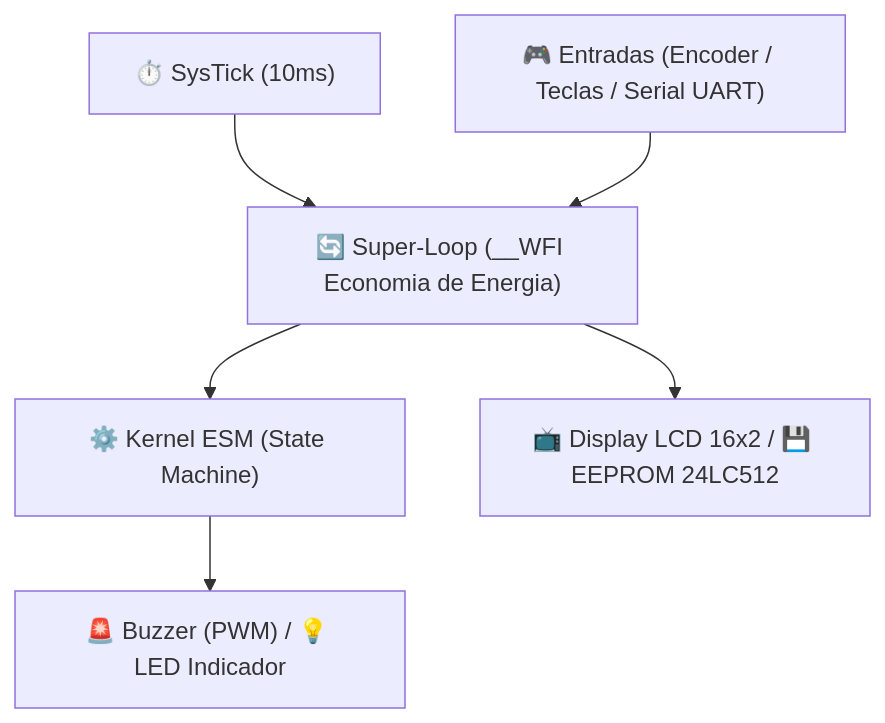
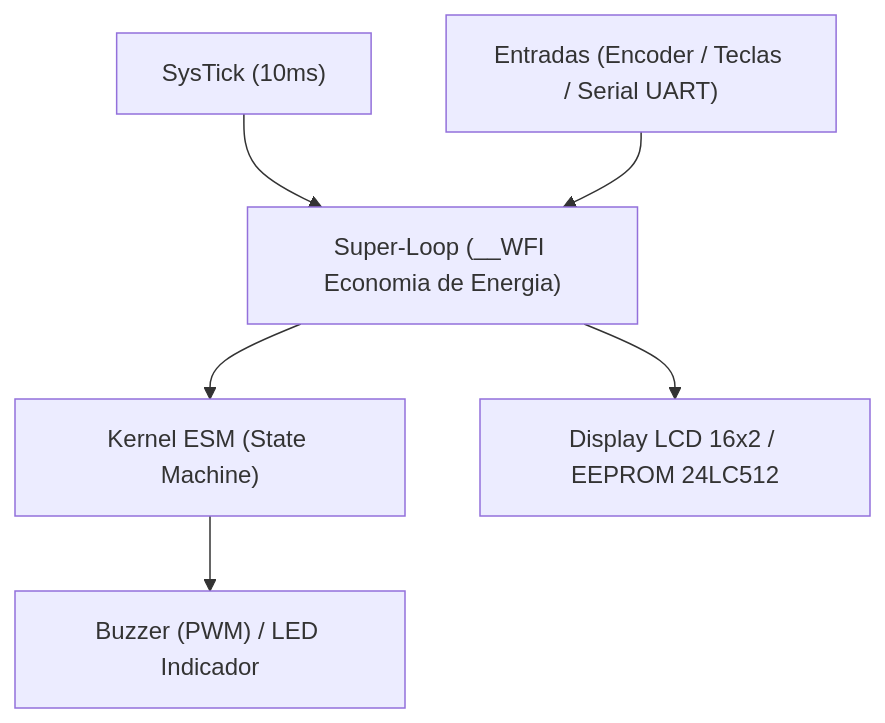
Before and after one commit to Beto-Rivoli/central-alarme-lpc11u14: the first of 2 diagrams in README.md, drawn with Mermaid. The commit also changed other lines of this file, not shown here.

Commit message:
style: remover emojis dos diagramas e titulos no README

````diff
--- a/README.md
+++ b/README.md
@@ -35,8 +37,8 @@
 ```mermaid
 flowchart TD
-    SysTick["⏱️ SysTick (10ms)"] --> SuperLoop["🔄 Super-Loop (__WFI Economia de Energia)"]
-    Inputs["🎮 Entradas (Encoder / Teclas / Serial UART)"] --> SuperLoop
-    SuperLoop --> ESM["⚙️ Kernel ESM (State Machine)"]
-    SuperLoop --> IHM["📺 Display LCD 16x2 / 💾 EEPROM 24LC512"]
-    ESM --> Actuators["🚨 Buzzer (PWM) / 💡 LED Indicador"]
+    SysTick["SysTick (10ms)"] --> SuperLoop["Super-Loop (__WFI Economia de Energia)"]
+    Inputs["Entradas (Encoder / Teclas / Serial UART)"] --> SuperLoop
+    SuperLoop --> ESM["Kernel ESM (State Machine)"]
+    SuperLoop --> IHM["Display LCD 16x2 / EEPROM 24LC512"]
+    ESM --> Actuators["Buzzer (PWM) / LED Indicador"]
 ```
````
